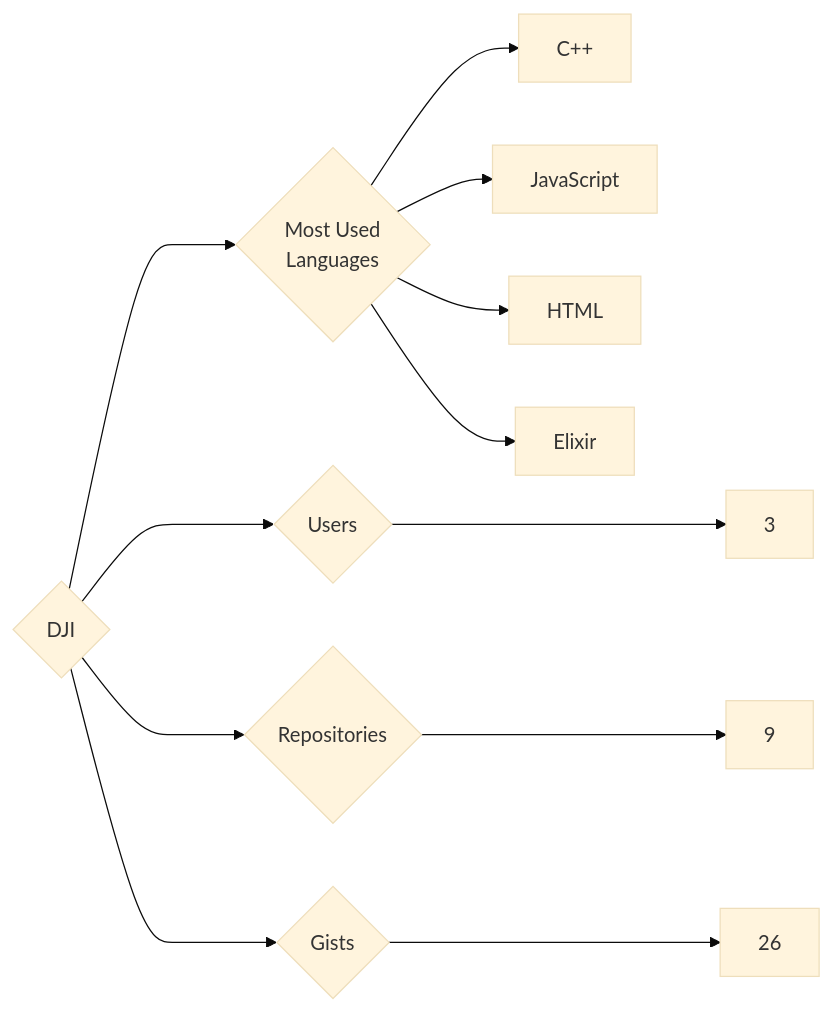
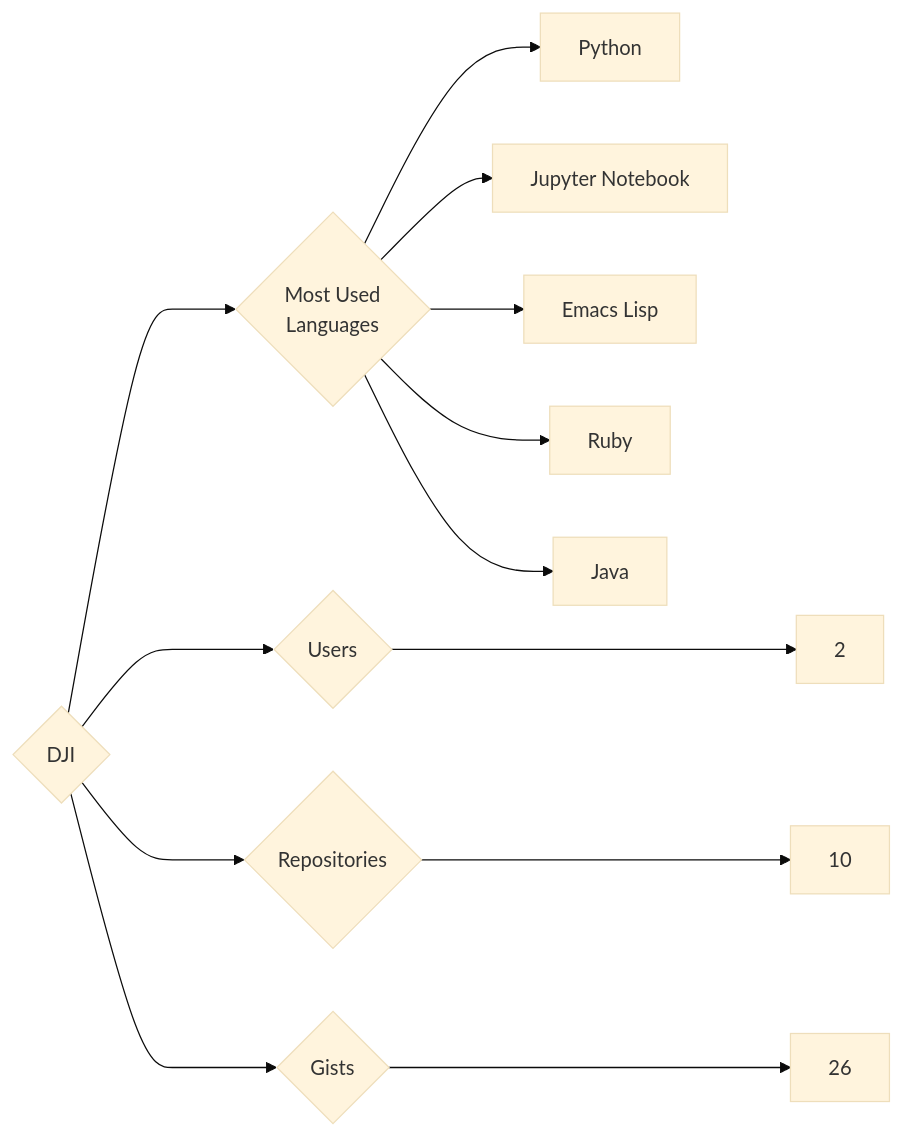
Before and after one commit to trickest/insiders: the diagram in targets/DJI/README.md, drawn with Mermaid (base theme). The commit also changed 636 other files, not shown here.

````diff
--- a/targets/DJI/README.md
+++ b/targets/DJI/README.md
@@ -3,12 +3,13 @@
 ```mermaid
 graph LR
 COMPANY_NAME{DJI}
-COMPANY_NAME ---> U{Users} ---> UN[3]
-COMPANY_NAME ---> R{Repositories} ---> RN[9]
+COMPANY_NAME ---> U{Users} ---> UN[2]
+COMPANY_NAME ---> R{Repositories} ---> RN[10]
 COMPANY_NAME ---> G{Gists} ---> GN[26]
 COMPANY_NAME ---> ML{Most Used<br>Languages}
-ML --> C++[C++]
-ML --> JavaScript[JavaScript]
-ML --> HTML[HTML]
-ML --> Elixir[Elixir]
+ML --> Python[Python]
+ML --> Jupyter_Notebook[Jupyter Notebook]
+ML --> Emacs_Lisp[Emacs Lisp]
+ML --> Ruby[Ruby]
+ML --> Java[Java]
 ```
````
